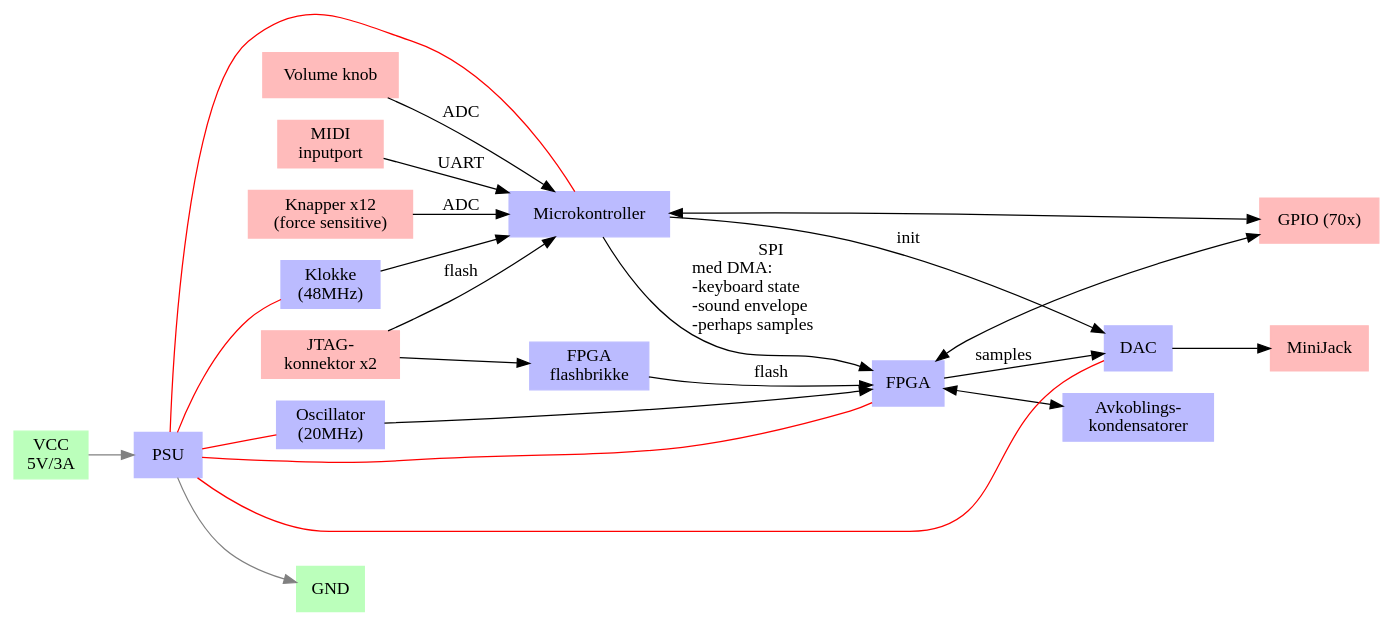
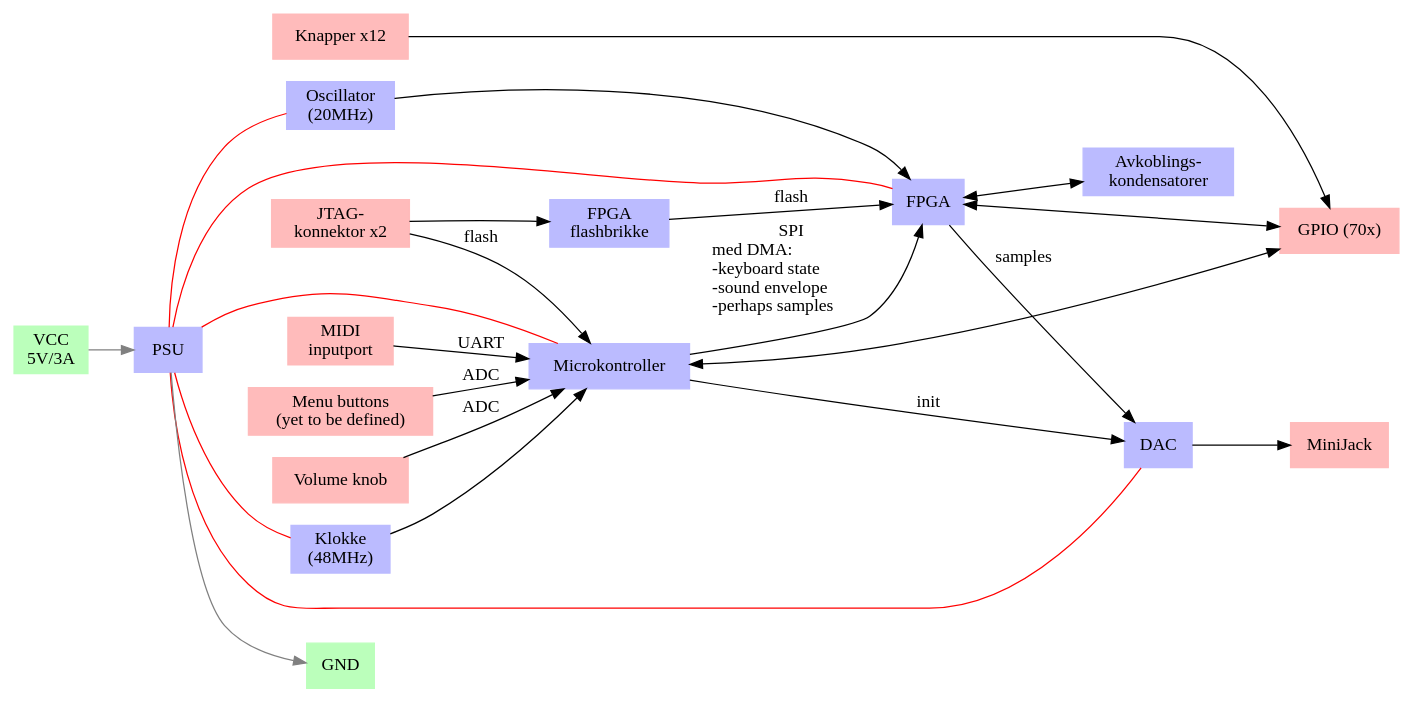
The diagram in pcb.dot (TDT4295-2019-groupA/planning), drawn with Graphviz before and after one commit. The commit also changed 2 other files, not shown here.

Commit message:
update pcb diagram

```diff
--- a/pcb.dot
+++ b/pcb.dot
@@ -1,75 +1,78 @@
 digraph G {
 	rankdir=LR;
 	overlap=false;
 //	concentrate=true
 
 	node [shape=box, style="filled", color="#bbbbff"]
 
 	dac           [label="DAC"]
 	fpga          [label="FPGA"]
 	micro         [label="Microkontroller"]
 	clk           [label="Klokke\n(48MHz)"]
 	osc           [label="Oscillator\n(20MHz)"]
 	flash         [label="FPGA\nflashbrikke"]
 	PSU
 	caps          [label="Avkoblings-\nkondensatorer"]
 
 	{rank=same;clk;osc}
 
 	node [color="#ffbbbb"]
 	jtag          [label="JTAG-\nkonnektor x2"]
 	midi          [label="MIDI\ninputport"]
-	btn   [ label="Knapper x12\n(force sensitive)"]
-	vol   [ label="Volume knob"]
+	btn           [label="Knapper x12"]
+	btn2          [label="Menu buttons\n(yet to be defined)"]
+	vol           [label="Volume knob"]
 	gpio          [label="GPIO (70x)"]
 	jack          [label="MiniJack"]
-	{rank=same;jtag;midi;btn;}
+	{rank=same;jtag;midi;btn;btn2;}
 	{rank=same;gpio;jack;}
 
 	node [color="#bbffbb"]
 	VCC           [label="VCC\n5V/3A"]
 	GND
 	//{rank=same;VCC;GND;}
 
 	// input
 	jtag -> micro [label="flash"]
 	jtag -> flash
 	midi -> micro [label="UART"]
-	btn -> micro  [label="ADC"]
+	btn -> gpio   [label=""]
+	//btn -> micro  [label="ADC"]
+	btn2 -> micro [label="ADC"]
 	vol -> micro  [label="ADC"]
 
 	micro -> gpio [dir=both]
-	fpga -> gpio [dir=both]
+	fpga  -> gpio [dir=both]
 	//micro -> gpio -> micro
 	//fpga -> gpio -> fpga
 
 	// output
 	dac -> jack
 
 	// internal
 	flash -> fpga [label="flash"]
 	micro -> fpga [label="SPI\nmed DMA:\l-keyboard state\l-sound envelope\l-perhaps samples\l"]
 	micro -> dac  [label="init"]
 	fpga -> dac   [label="samples"]
-	fpga -> caps [dir=both]
+	fpga -> caps  [dir=both]
 
 	clk -> micro
 	osc -> fpga
 
 
 
 	edge [color="red", dir=none]
 	PSU -> fpga
 	PSU -> micro
 	PSU -> clk
 	PSU -> osc
 	PSU -> dac
 
 	edge [color="gray", dir=forward]
 	VCC -> PSU -> GND
 	/*
 	VCC -> midi -> GND
 	jack -> GND
 
 	/**/
 }
```
